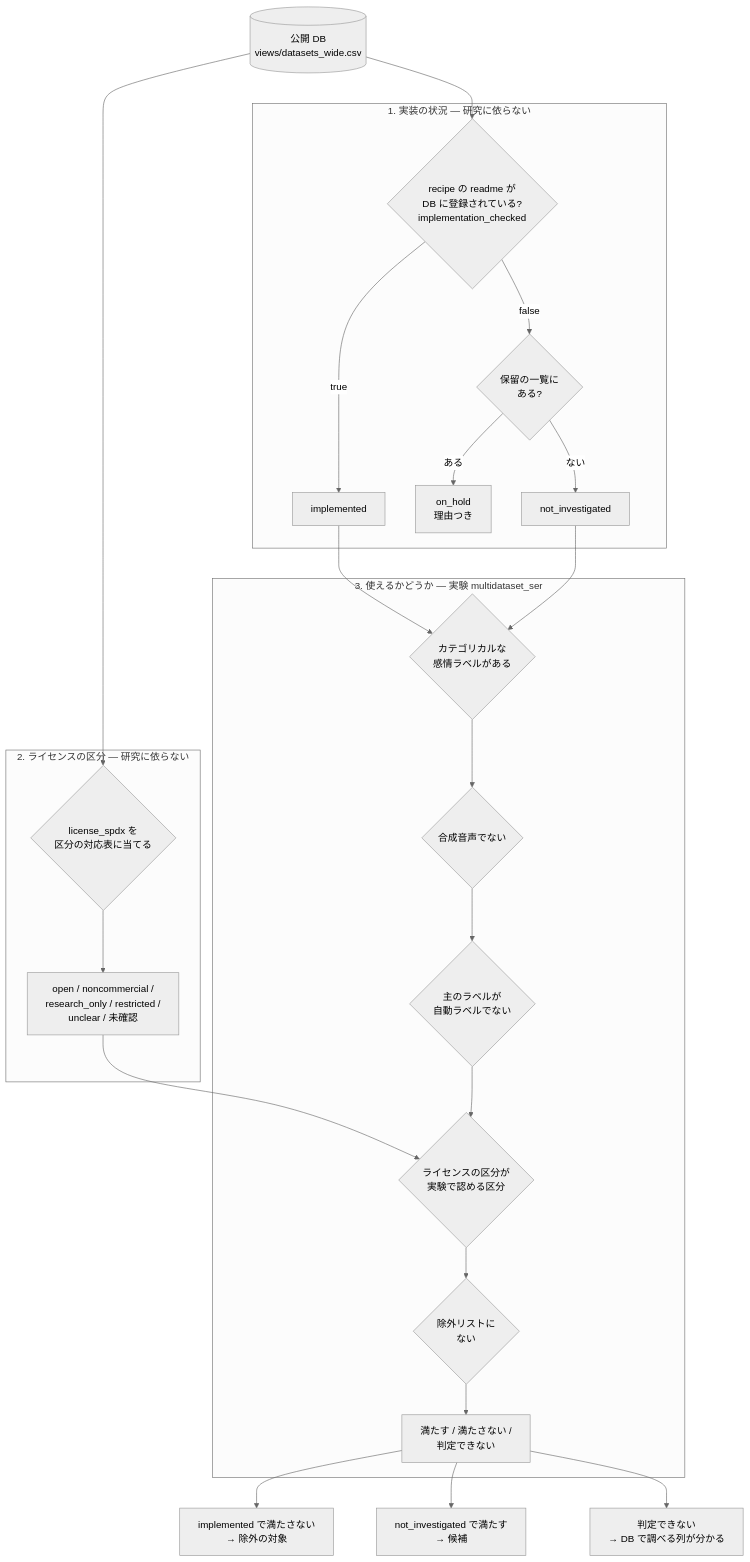
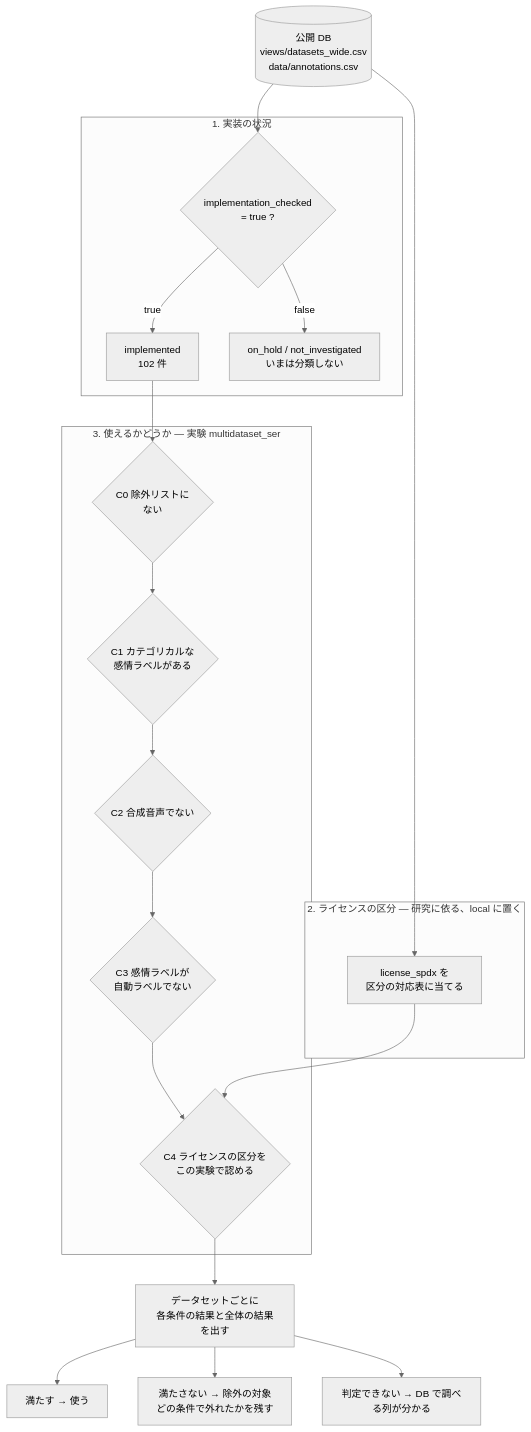
One commit to itoten/ser_dataset_db changed the diagram in docs/discussions/0002-separate-implementation-and-use.md. Above: the diagram before and after it, drawn with Mermaid (neutral theme). The commit also changed other lines of this file, not shown here.

First line of the commit message:
Limit the use classification to implemented datasets and spell out each condition

````diff
--- a/docs/discussions/0002-separate-implementation-and-use.md
+++ b/docs/discussions/0002-separate-implementation-and-use.md
@@ -199,36 +202,31 @@
 ```mermaid
 flowchart TD
-    DB[(公開 DB<br/>views/datasets_wide.csv)]
+    DB[(公開 DB<br/>views/datasets_wide.csv<br/>data/annotations.csv)]
 
-    subgraph S1[1. 実装の状況 — 研究に依らない]
-        A{recipe の readme が<br/>DB に登録されている?<br/>implementation_checked}
-        A -- true --> IMP[implemented]
-        A -- false --> H{保留の一覧に<br/>ある?}
-        H -- ある --> HOLD[on_hold<br/>理由つき]
-        H -- ない --> NI[not_investigated]
+    subgraph S1[1. 実装の状況]
+        A{implementation_checked<br/>= true ?}
+        A -- true --> IMP[implemented<br/>102 件]
+        A -- false --> REST[on_hold / not_investigated<br/>いまは分類しない]
     end
 
-    subgraph S2[2. ライセンスの区分 — 研究に依らない]
-        L{license_spdx を<br/>区分の対応表に当てる}
-        L --> LC[open / noncommercial /<br/>research_only / restricted /<br/>unclear / 未確認]
+    subgraph S2[2. ライセンスの区分 — 研究に依る、local に置く]
+        L[license_spdx を<br/>区分の対応表に当てる]
     end
 
     subgraph S3[3. 使えるかどうか — 実験 multidataset_ser]
-        C1{カテゴリカルな<br/>感情ラベルがある}
-        C2{合成音声でない}
-        C3{主のラベルが<br/>自動ラベルでない}
-        C4{ライセンスの区分が<br/>実験で認める区分}
-        C5{除外リストに<br/>ない}
-        R[満たす / 満たさない /<br/>判定できない]
+        C0{C0 除外リストに<br/>ない}
+        C1{C1 カテゴリカルな<br/>感情ラベルがある}
+        C2{C2 合成音声でない}
+        C3{C3 感情ラベルが<br/>自動ラベルでない}
+        C4{C4 ライセンスの区分を<br/>この実験で認める}
     end
 
     DB --> A
     DB --> L
-    IMP --> C1
-    NI --> C1
-    LC --> C4
-    C1 --> C2 --> C3 --> C4 --> C5 --> R
-    R --> OUT1[implemented で満たさない<br/>→ 除外の対象]
-    R --> OUT2[not_investigated で満たす<br/>→ 候補]
-    R --> OUT3[判定できない<br/>→ DB で調べる列が分かる]
+    IMP --> C0 --> C1 --> C2 --> C3 --> C4
+    L --> C4
+    C4 --> OUT[データセットごとに<br/>各条件の結果と全体の結果を出す]
+    OUT --> P[満たす → 使う]
+    OUT --> F[満たさない → 除外の対象<br/>どの条件で外れたかを残す]
+    OUT --> U[判定できない → DB で調べる列が分かる]
 ```
````
